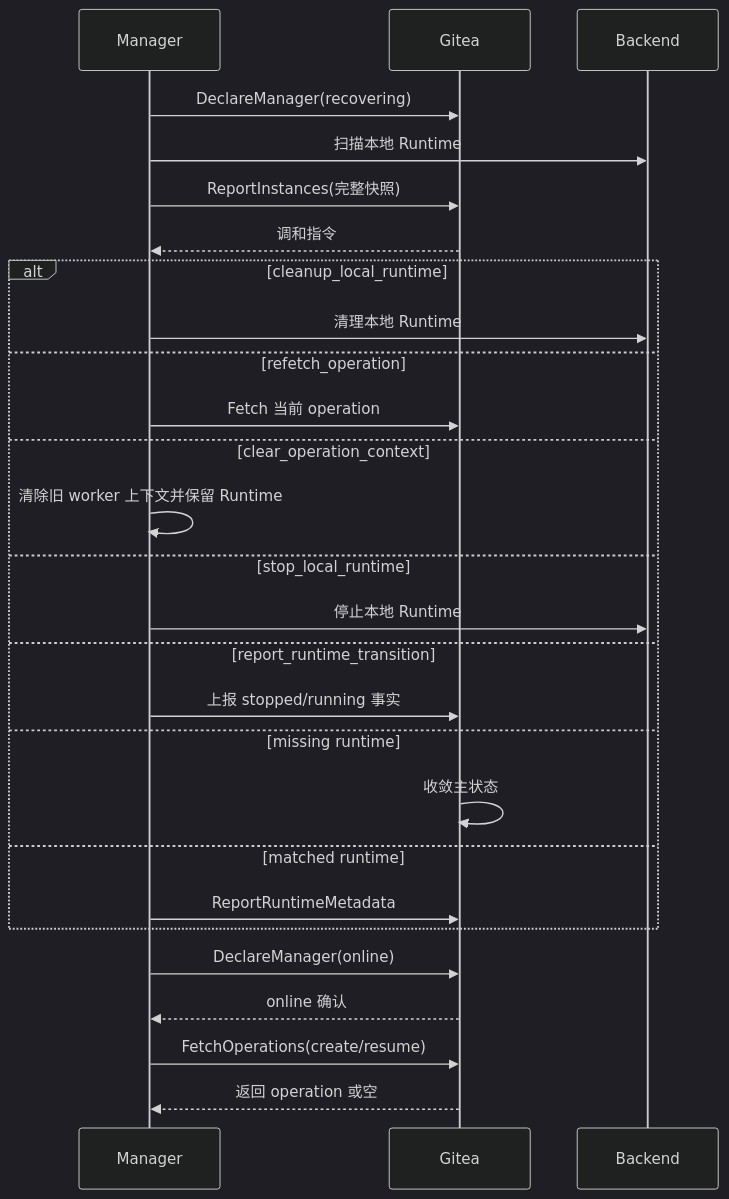
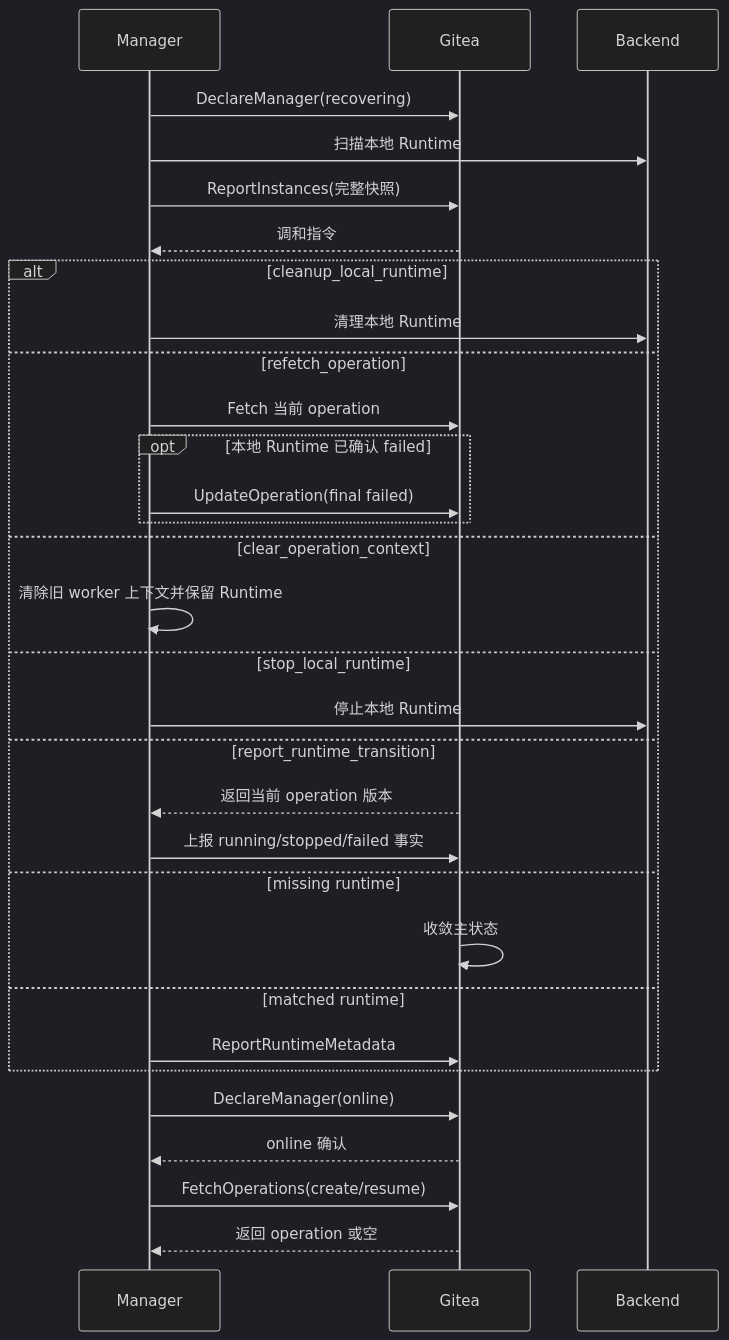
One commit to ExplodingDragon/gitea-dev changed the diagram in src/maintenance-recovery.md. Above: the diagram before and after it, drawn with Mermaid (dark theme). The commit also changed other lines of this file and 9 other files, not shown here.

````diff
--- a/src/maintenance-recovery.md
+++ b/src/maintenance-recovery.md
@@ -85,30 +86,34 @@
 ```mermaid
 sequenceDiagram
     participant M as Manager
     participant G as Gitea
     participant B as Backend
 
     M->>G: DeclareManager(recovering)
     M->>B: 扫描本地 Runtime
     M->>G: ReportInstances(完整快照)
     G-->>M: 调和指令
     alt cleanup_local_runtime
         M->>B: 清理本地 Runtime
     else refetch_operation
         M->>G: Fetch 当前 operation
+        opt 本地 Runtime 已确认 failed
+            M->>G: UpdateOperation(final failed)
+        end
     else clear_operation_context
         M->>M: 清除旧 worker 上下文并保留 Runtime
     else stop_local_runtime
         M->>B: 停止本地 Runtime
     else report_runtime_transition
-        M->>G: 上报 stopped/running 事实
+        G-->>M: 返回当前 operation 版本
+        M->>G: 上报 running/stopped/failed 事实
     else missing runtime
         G->>G: 收敛主状态
     else matched runtime
         M->>G: ReportRuntimeMetadata
     end
     M->>G: DeclareManager(online)
     G-->>M: online 确认
     M->>G: FetchOperations(create/resume)
     G-->>M: 返回 operation 或空
 ```
````
